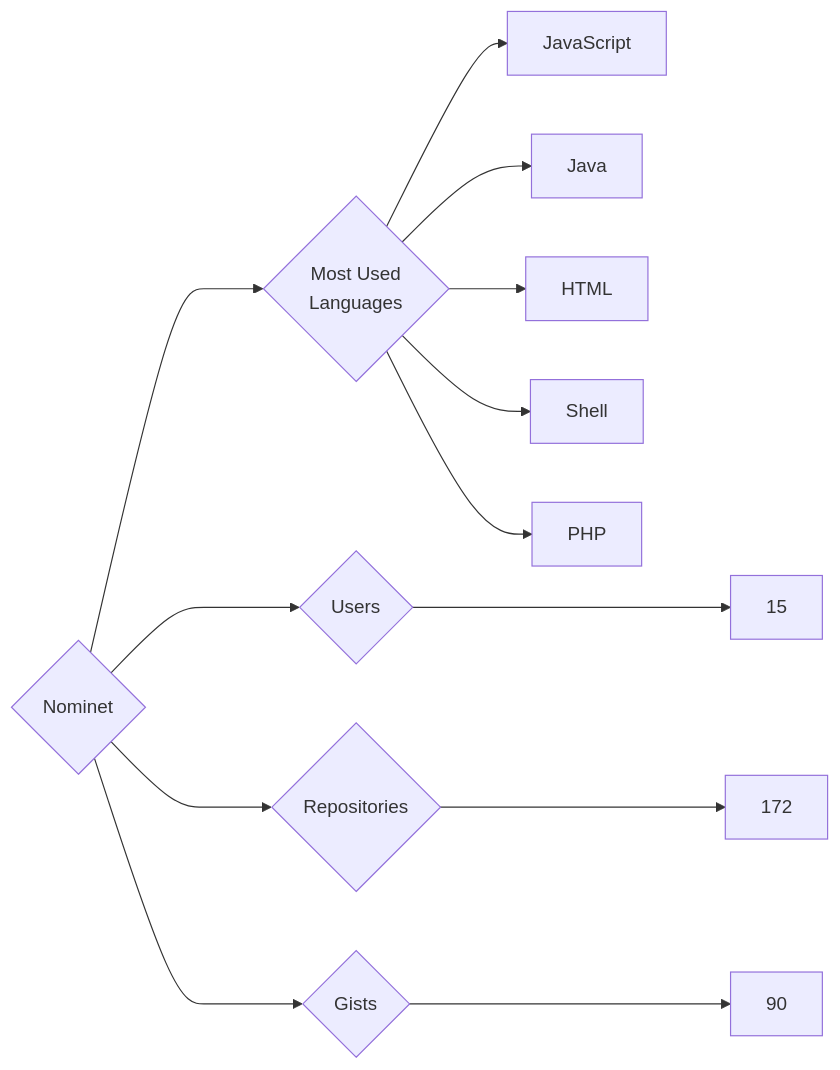
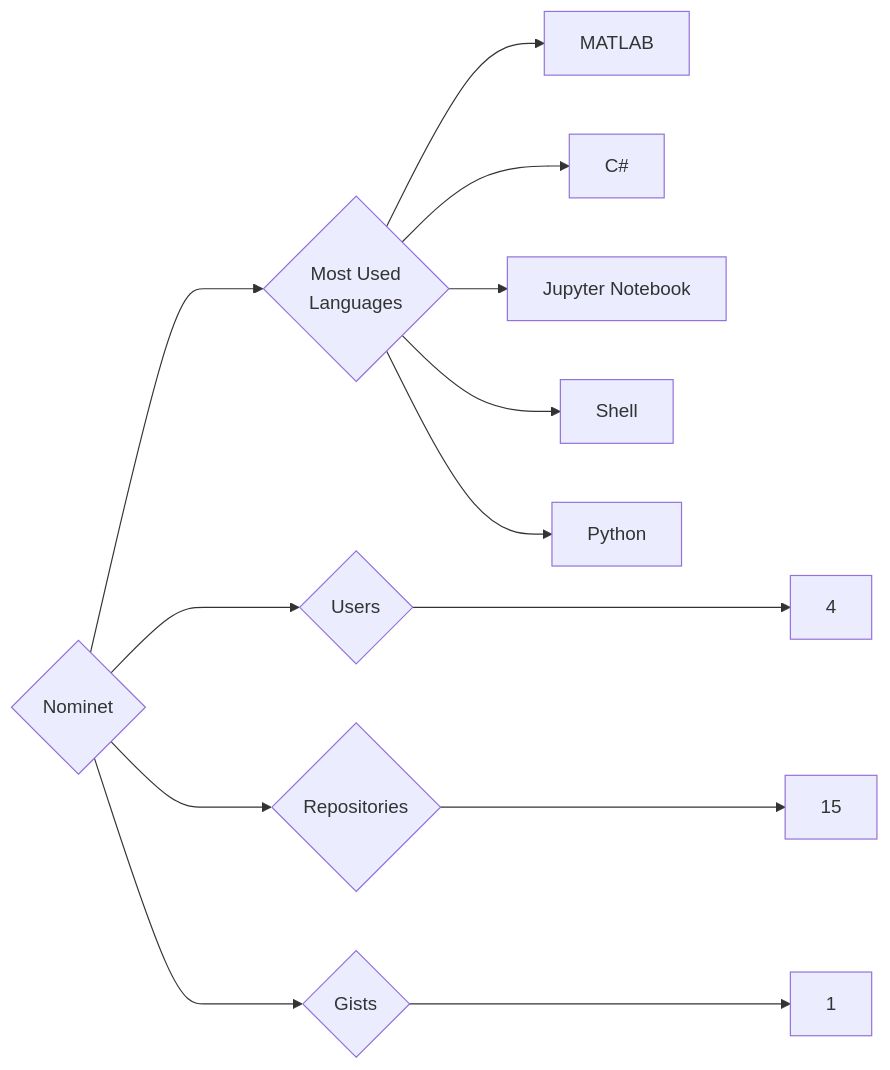
Before and after one commit to trickest/insiders: the diagram in targets/Nominet/README.md, drawn with Mermaid. The commit also changed 806 other files, not shown here.

````diff
--- a/targets/Nominet/README.md
+++ b/targets/Nominet/README.md
@@ -3,13 +3,13 @@
 ```mermaid
 graph LR
 COMPANY_NAME{Nominet}
-COMPANY_NAME ---> U{Users} ---> UN[15]
-COMPANY_NAME ---> R{Repositories} ---> RN[172]
-COMPANY_NAME ---> G{Gists} ---> GN[90]
+COMPANY_NAME ---> U{Users} ---> UN[4]
+COMPANY_NAME ---> R{Repositories} ---> RN[15]
+COMPANY_NAME ---> G{Gists} ---> GN[1]
 COMPANY_NAME ---> ML{Most Used<br>Languages}
-ML --> JavaScript[JavaScript]
-ML --> Java[Java]
-ML --> HTML[HTML]
+ML --> MATLAB[MATLAB]
+ML --> C#[C#]
+ML --> Jupyter_Notebook[Jupyter Notebook]
 ML --> Shell[Shell]
-ML --> PHP[PHP]
+ML --> Python[Python]
 ```
````
